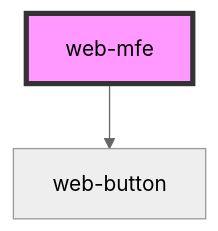
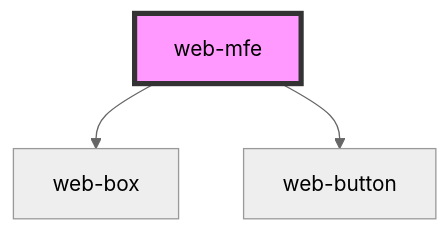
Before and after one commit to elaineoliver/elaineoliver.github.io: the diagram in packages/web-library/src/components/web-mfe/readme.md, drawn with Mermaid (neutral theme). The commit also changed other lines of this file and 6 other files, not shown here.

````diff
--- a/packages/web-library/src/components/web-mfe/readme.md
+++ b/packages/web-library/src/components/web-mfe/readme.md
@@ -15,5 +16,6 @@
 ```mermaid
 graph TD;
+  web-mfe --> web-box
   web-mfe --> web-button
   style web-mfe fill:#f9f,stroke:#333,stroke-width:4px
 ```
````
